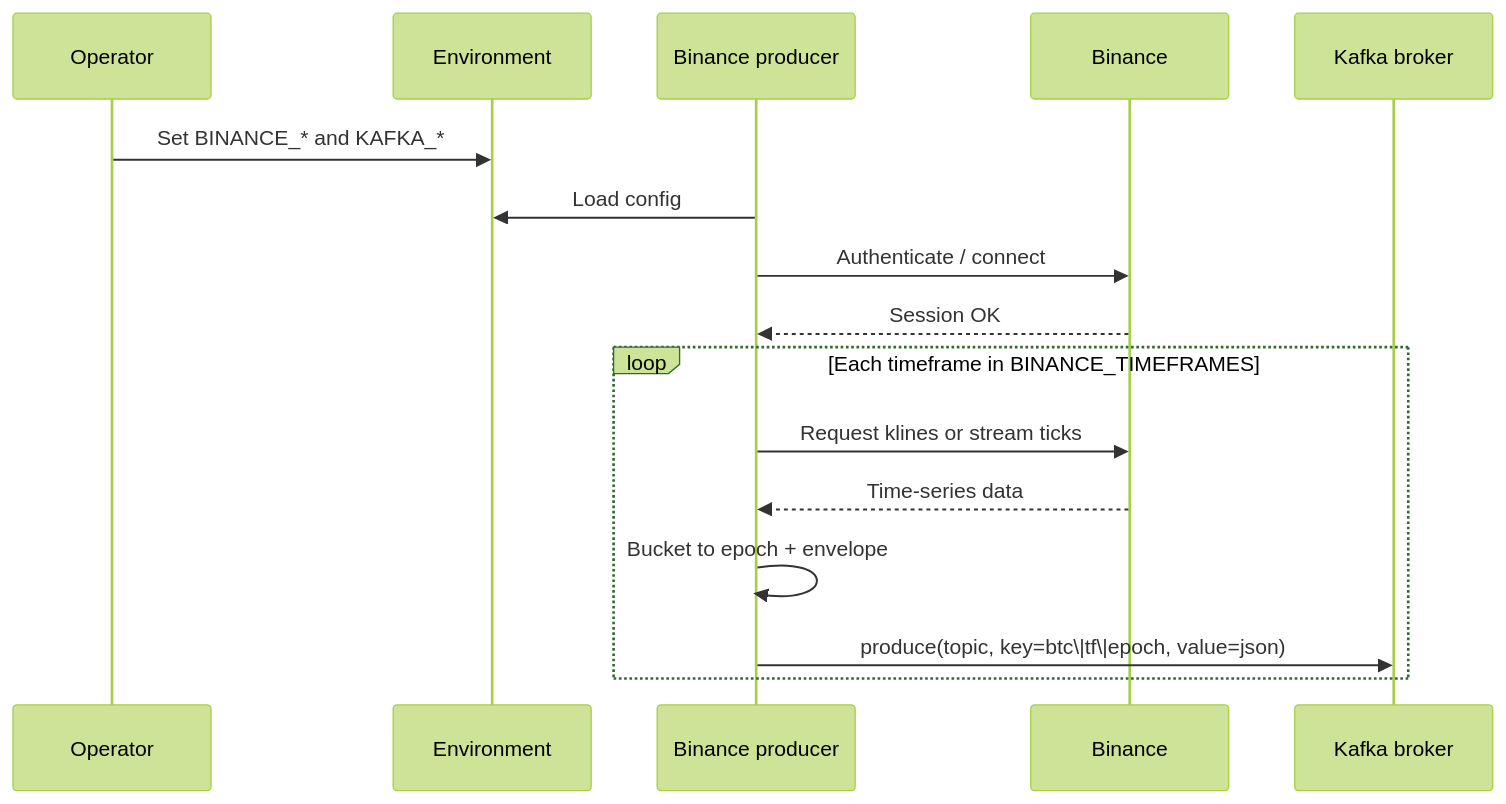
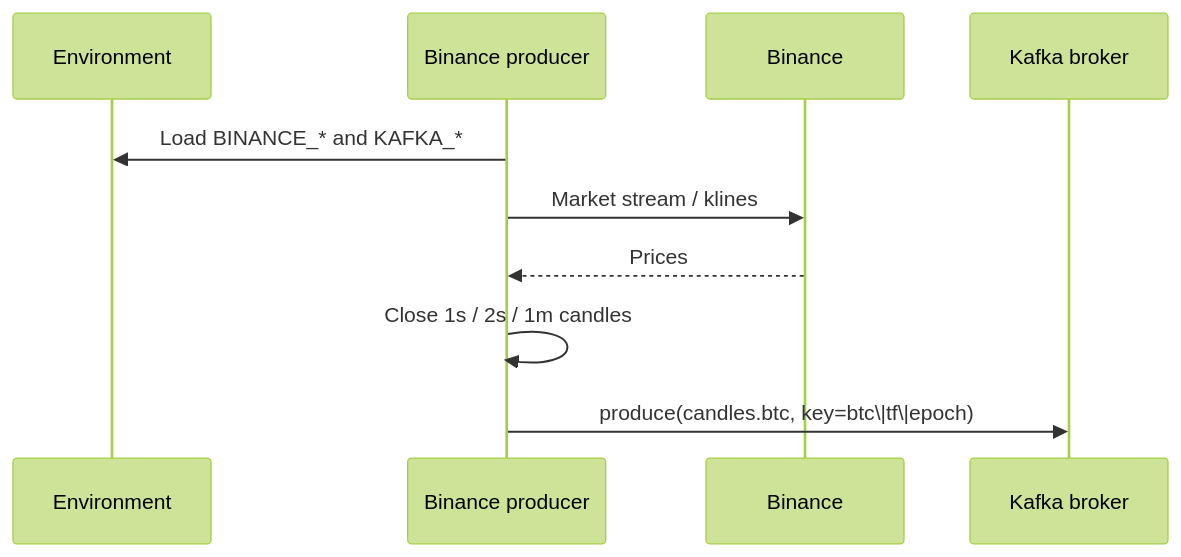
Before and after one commit to shehan-jayasinghe/ai_trading_bots: the second of 2 diagrams in docs/architecture/binance/producer/binance-time-series-kafka.md, drawn with Mermaid (forest theme). The commit also changed other lines of this file and 18 other files, not shown here.

Commit message:
add Binance and Deriv Kafka producers: implement workers, Kafka publisher, FastAPI backend, and example environment configuration

````diff
--- a/docs/architecture/binance/producer/binance-time-series-kafka.md
+++ b/docs/architecture/binance/producer/binance-time-series-kafka.md
@@ -92,19 +60,13 @@
 ```mermaid
 sequenceDiagram
-  participant Dev as Operator
   participant Env as Environment
   participant P as Binance producer
   participant API as Binance
   participant Kafka as Kafka broker
 
-  Dev->>Env: Set BINANCE_* and KAFKA_*
-  P->>Env: Load config
-  P->>API: Authenticate / connect
-  API-->>P: Session OK
-  loop Each timeframe in BINANCE_TIMEFRAMES
-    P->>API: Request klines or stream ticks
-    API-->>P: Time-series data
-    P->>P: Bucket to epoch + envelope
-    P->>Kafka: produce(topic, key=btc\|tf\|epoch, value=json)
-  end
+  P->>Env: Load BINANCE_* and KAFKA_*
+  P->>API: Market stream / klines
+  API-->>P: Prices
+  P->>P: Close 1s / 2s / 1m candles
+  P->>Kafka: produce(candles.btc, key=btc\|tf\|epoch)
 ```
````
